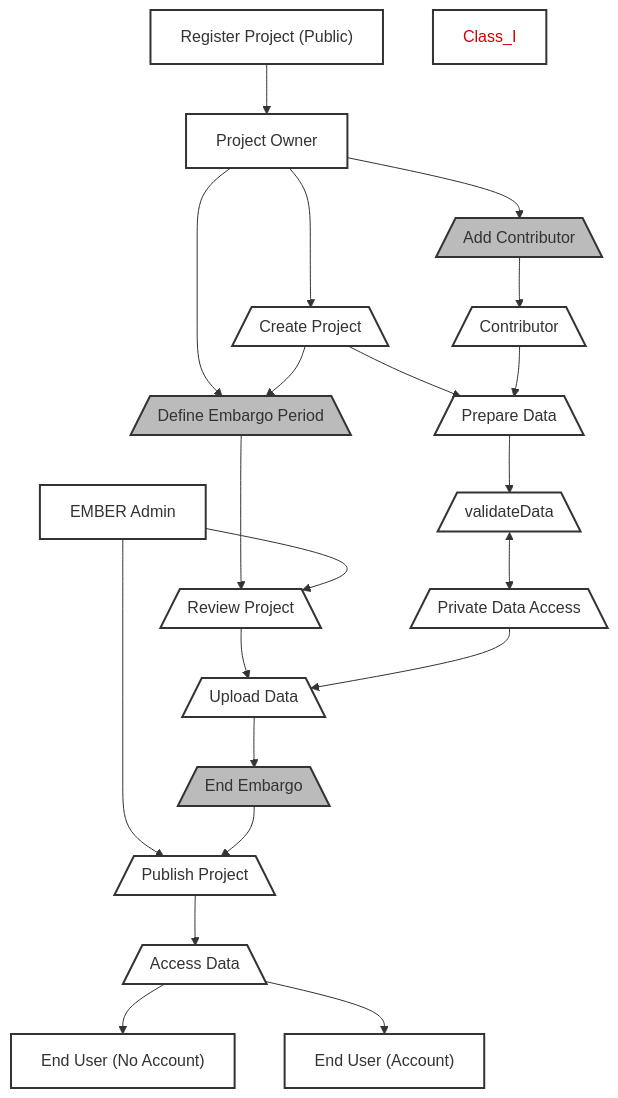
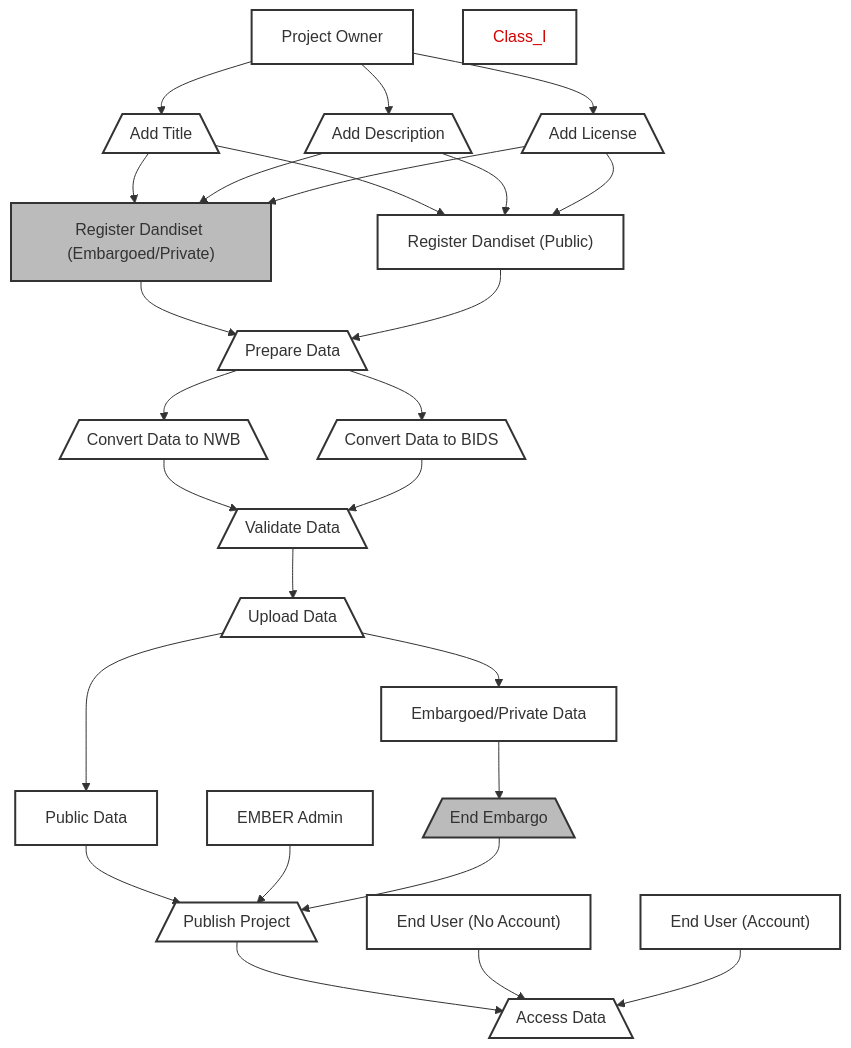
Before and after one commit to aplbrain/BBQS-EMBER-Data-Model: the diagram in EMBER_Classes/design/class_I.mmd, drawn with Mermaid. The commit also changed other lines of this file and 1 other file, not shown here.

```diff
--- a/EMBER_Classes/design/class_I.mmd
+++ b/EMBER_Classes/design/class_I.mmd
@@ -1,42 +1,38 @@
 ---
 config:
   layout: fixed
 ---
 flowchart TB
-    addRegistration["Register Project (Public)"] --> projectowner
-    addContributor["Add Contributor"] --> contributor["Contributor"]
-    projectowner["Project Owner"] --> addContributor & createProject["Create Project"] & defineEmbargoPeriod["Define Embargo Period"]
-    createProject --> defineEmbargoPeriod & prepareData["Prepare Data"]
-    defineEmbargoPeriod --> reviewProject["Review Project"]
-    emberAdmin["EMBER Admin"] --> reviewProject & publishProject["Publish Project"]
-    reviewProject --> uploadData["Upload Data"]
-    uploadData --> endEmbargo["End Embargo"]
+    projectowner["Project Owner"] --> addTitle["Add Title"] & addDescription["Add Description"] & addLicense["Add License"] 
+    addRegistrationPublic["Register Dandiset (Public)"] & addRegistrationPrivate["Register Dandiset (Embargoed/Private)"] 
+    addRegistrationPrivate & addRegistrationPublic--> prepareData["Prepare Data"]
+    addTitle["Add Title"] & addDescription["Add Description"] & addLicense["Add License"] -->  addRegistrationPublic & addRegistrationPrivate 
+    prepareData --> convertNWB["Convert Data to NWB"] & convertBIDS["Convert Data to BIDS"]
+    convertNWB["Convert Data to NWB"] & convertBIDS["Convert Data to BIDS"]--> validateData["Validate Data"]
+    validateData --> uploadData["Upload Data"]
+    uploadData["Upload Data"]--> embargoedData["Embargoed/Private Data"] & publicData["Public Data"]
+    embargoedData--> endEmbargo["End Embargo"]
+    publicData --> publishProject["Publish Project"]
+    emberAdmin["EMBER Admin"] --> publishProject["Publish Project"]
     endEmbargo --> publishProject
     publishProject --> accessData["Access Data"]
-    accessData --> endUserNoAccount["End User (No Account)"] & endUserAccount["End User (Account)"]
-    contributor --> prepareData
-    prepareData --> validateData["validateData"]
-    validateData <--> privateDataAccess["Private Data Access"]
-    privateDataAccess --> uploadData
-    Class_I["Class_I"]
-    addContributor@{ shape: trap-b}
-    contributor@{ shape: trap-b}
-    createProject@{ shape: trap-b}
-    defineEmbargoPeriod@{ shape: trap-b}
+    endUserNoAccount["End User (No Account)"] & endUserAccount["End User (Account)"] --> accessData 
     prepareData@{ shape: trap-b}
-    reviewProject@{ shape: trap-b}
     publishProject@{ shape: trap-b}
     uploadData@{ shape: trap-b}
     endEmbargo@{ shape: trap-b}
     accessData@{ shape: trap-b}
     validateData@{ shape: trap-b}
-    privateDataAccess@{ shape: trap-b}
-     addContributor:::optional
-     defineEmbargoPeriod:::optional
+    convertNWB@{ shape: trap-b}
+    convertBIDS@{ shape: trap-b}
+    addTitle@{ shape: trap-b}
+     addDescription@{ shape: trap-b}
+     addLicense@{ shape: trap-b}
+    Class_I["Class_I"]
      prepareData:::role
      endEmbargo:::optional
      validateData:::role
-     privateDataAccess:::role
+     addRegistrationPrivate:::optional
     classDef default fill:#fff,stroke:#333,stroke-width:2px
     classDef optional fill:#bbb,stroke:#333,stroke-width:2px
     style Class_I color:#D50000
```
